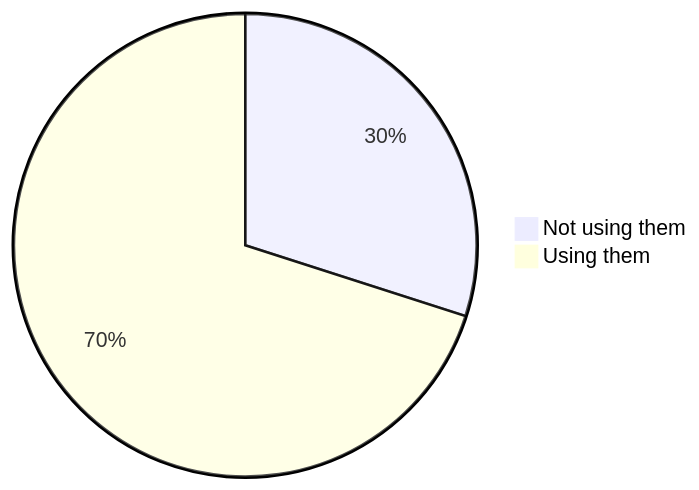
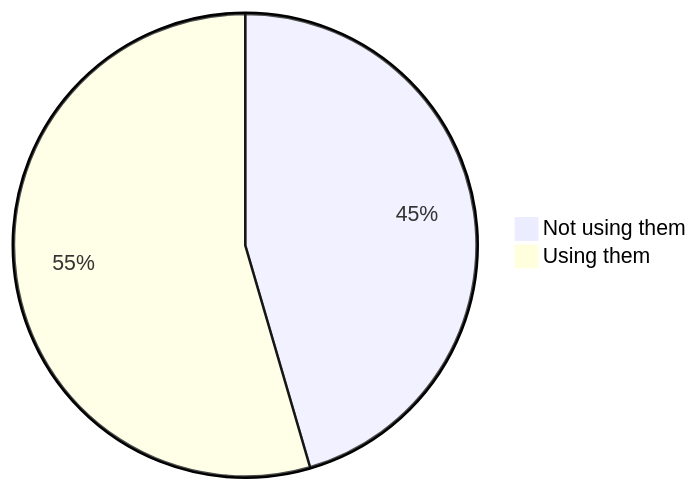
The first of 22 diagrams in stats.md (oshp/oshp-stats), drawn with Mermaid before and after one commit. The commit also changed other lines of this file, not shown here.

````diff
--- a/stats.md
+++ b/stats.md
@@ -10,6 +10,6 @@
 ```mermaid
 pie
-	"Not using them" : 29.95
-	"Using them" : 70.05
+	"Not using them" : 45.48
+	"Using them" : 54.52
 
 ```
````
